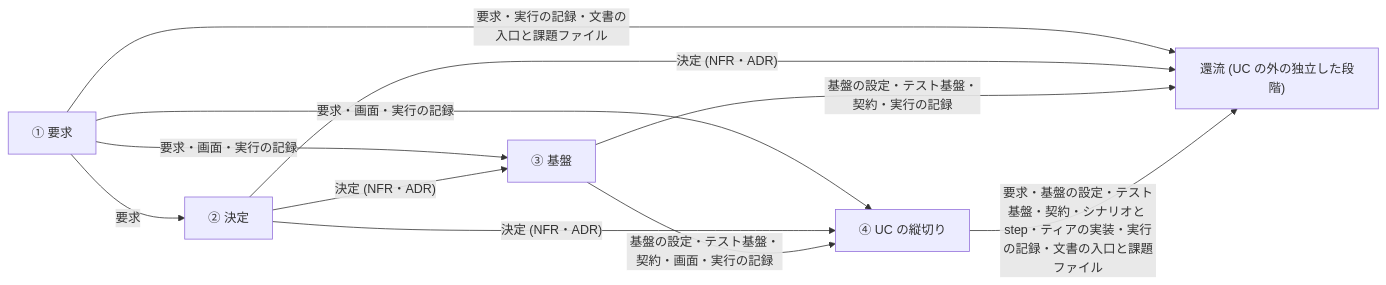
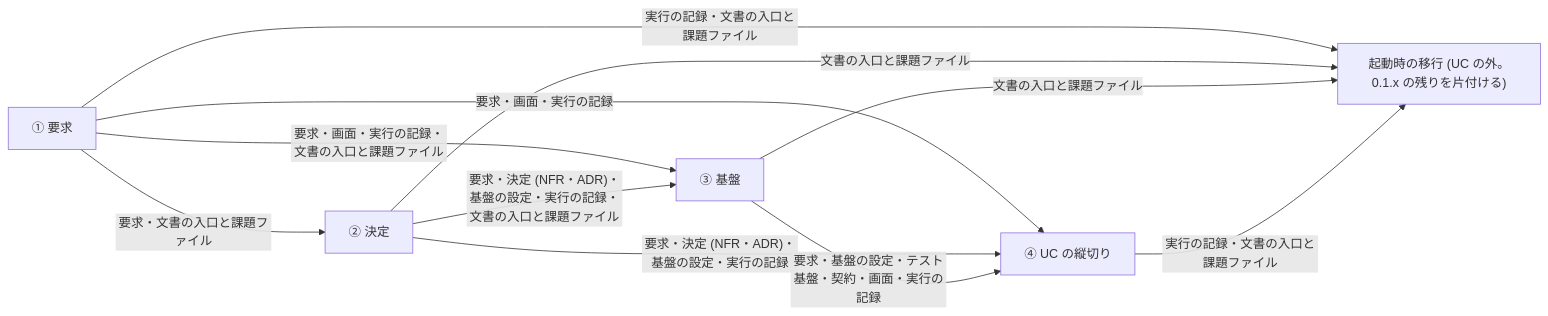
The first of 50 diagrams in plugins/distillery2/skills/d2-common/references/dataflow.md (suwa-sh/suwa-sh-claude-plugins), drawn with Mermaid before and after one commit. The commit also changed other lines of this file and 12 other files, not shown here.

````diff
--- a/plugins/distillery2/skills/d2-common/references/dataflow.md
+++ b/plugins/distillery2/skills/d2-common/references/dataflow.md
@@ -21,18 +21,18 @@
 ```mermaid
 flowchart LR
   st_requirements["① 要求"]
   st_decide["② 決定"]
   st_foundation["③ 基盤"]
   st_uc_all["④ UC の縦切り"]
-  st_feedback["還流 (UC の外の独立した段階)"]
-  st_requirements -->|"要求"| st_decide
-  st_requirements -->|"要求・画面・実行の記録"| st_foundation
+  st_startup["起動時の移行 (UC の外。0.1.x の残りを片付ける)"]
+  st_requirements -->|"要求・文書の入口と課題ファイル"| st_decide
+  st_requirements -->|"要求・画面・実行の記録・文書の入口と課題ファイル"| st_foundation
   st_requirements -->|"要求・画面・実行の記録"| st_uc_all
-  st_requirements -->|"要求・実行の記録・文書の入口と課題ファイル"| st_feedback
-  st_decide -->|"決定 (NFR・ADR)"| st_foundation
-  st_decide -->|"決定 (NFR・ADR)"| st_uc_all
-  st_decide -->|"決定 (NFR・ADR)"| st_feedback
-  st_foundation -->|"基盤の設定・テスト基盤・契約・画面・実行の記録"| st_uc_all
-  st_foundation -->|"基盤の設定・テスト基盤・契約・実行の記録"| st_feedback
-  st_uc_all -->|"要求・基盤の設定・テスト基盤・契約・シナリオと step・ティアの実装・実行の記録・文書の入口と課題ファイル"| st_feedback
+  st_requirements -->|"実行の記録・文書の入口と課題ファイル"| st_startup
+  st_decide -->|"要求・決定 (NFR・ADR)・基盤の設定・実行の記録・文書の入口と課題ファイル"| st_foundation
+  st_decide -->|"要求・決定 (NFR・ADR)・基盤の設定・実行の記録"| st_uc_all
+  st_decide -->|"文書の入口と課題ファイル"| st_startup
+  st_foundation -->|"要求・基盤の設定・テスト基盤・契約・画面・実行の記録"| st_uc_all
+  st_foundation -->|"文書の入口と課題ファイル"| st_startup
+  st_uc_all -->|"実行の記録・文書の入口と課題ファイル"| st_startup
 ```
````
